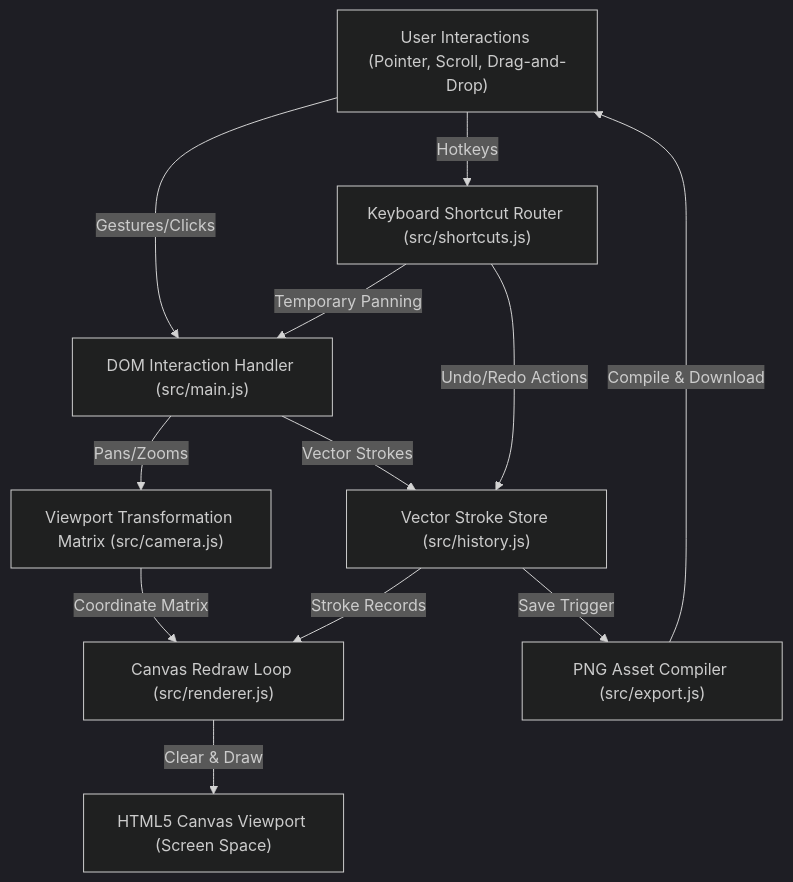
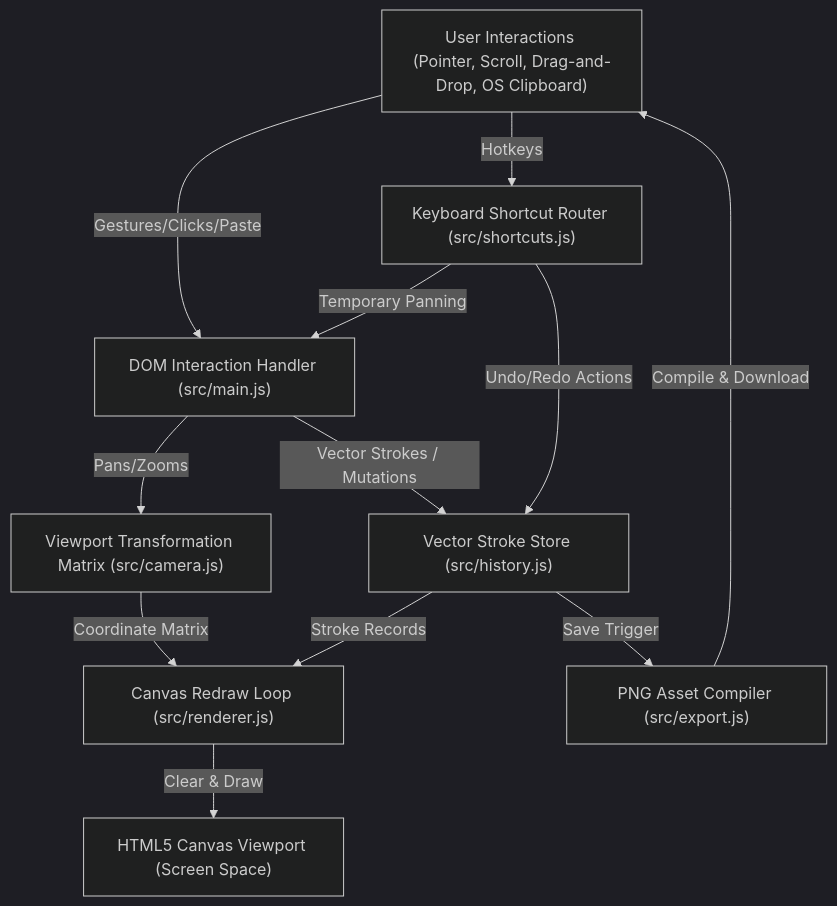
The first of 2 diagrams in README.md (kumar291098/simple-teaching-board), drawn with Mermaid (dark theme) before and after one commit. The commit also changed other lines of this file, not shown here.

Commit message:
Update README with full interactive design, hit-testing, scaling, clipboard, and double-collapse details

````diff
--- a/README.md
+++ b/README.md
@@ -30,23 +30,23 @@
 ```mermaid
 graph TD
-    User["User Interactions (Pointer, Scroll, Drag-and-Drop)"]
+    User["User Interactions (Pointer, Scroll, Drag-and-Drop, OS Clipboard)"]
     Main["DOM Interaction Handler (src/main.js)"]
     Shortcuts["Keyboard Shortcut Router (src/shortcuts.js)"]
     Camera["Viewport Transformation Matrix (src/camera.js)"]
     History["Vector Stroke Store (src/history.js)"]
     Renderer["Canvas Redraw Loop (src/renderer.js)"]
     Export["PNG Asset Compiler (src/export.js)"]
     CanvasView["HTML5 Canvas Viewport (Screen Space)"]
 
-    User -->|Gestures/Clicks| Main
+    User -->|Gestures/Clicks/Paste| Main
     User -->|Hotkeys| Shortcuts
     Main -->|Pans/Zooms| Camera
-    Main -->|Vector Strokes| History
+    Main -->|Vector Strokes / Mutations| History
     Shortcuts -->|Temporary Panning| Main
     Shortcuts -->|Undo/Redo Actions| History
     Camera -->|Coordinate Matrix| Renderer
     History -->|Stroke Records| Renderer
     Renderer -->|Clear & Draw| CanvasView
     History -->|Save Trigger| Export
     Export -->|Compile & Download| User
 ```
````
